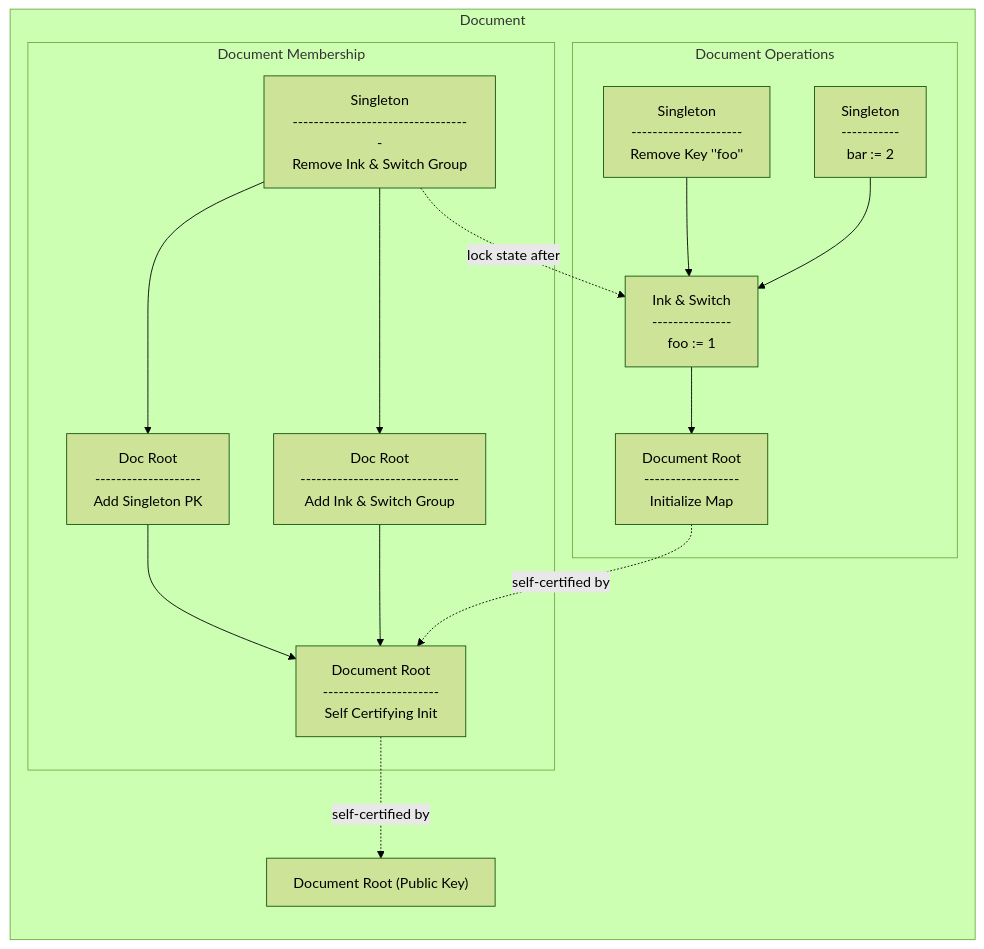
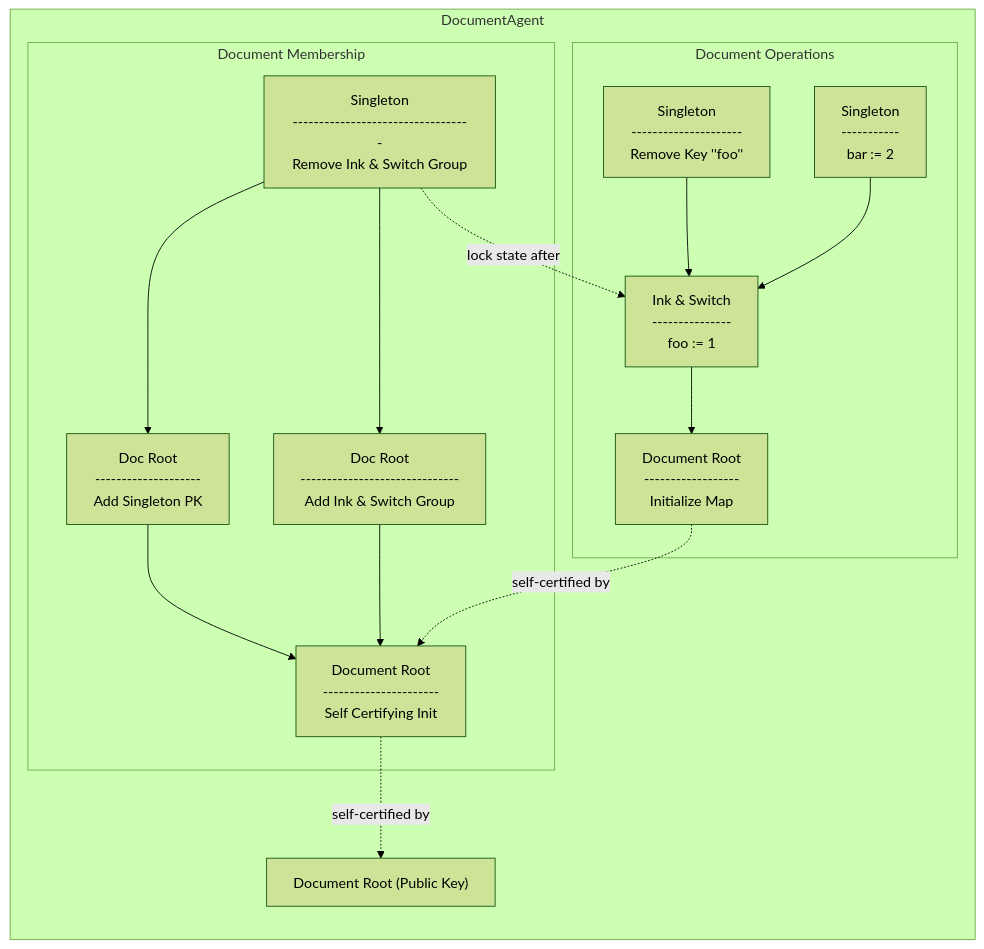
One commit to inkandswitch/keyhive changed the third of 8 diagrams in design/group_membership.md. Above: the diagram before and after it, drawn with Mermaid (forest theme). The commit also changed other lines of this file, not shown here.

````diff
--- a/design/group_membership.md
+++ b/design/group_membership.md
@@ -75,24 +75,24 @@
 ```mermaid
 flowchart TB
-    subgraph Document
+    subgraph DocumentAgent
         direction TB
 
         _docPK["Document Root (Public Key)"]
 
         subgraph docGroup[Document Membership]
             docRootAddsSingleton["Doc Root\n--------------------\nAdd Singleton PK"] --> docRoot[Document Root\n----------------------\nSelf Certifying Init]
             docRootAddsAnotherGroup["Doc Root\n------------------------------\nAdd Ink & Switch Group"] --> docRoot
             singetonRemovesAnotherGroup[Singleton\n----------------------------------\nRemove Ink & Switch Group] --> docRootAddsSingleton
             singetonRemovesAnotherGroup --> docRootAddsAnotherGroup
         end
 
         subgraph ops[Document Operations]
             addKeyFoo["Ink & Switch\n---------------\nfoo := 1"] --> InitMap[Document Root\n------------------\nInitialize Map]
             removeKeyFoo["Singleton\n---------------------\nRemove Key ''foo''"] --> addKeyFoo
             addKeyBar["Singleton\n-----------\nbar := 2"] --> addKeyFoo
         end
     end
 
     singetonRemovesAnotherGroup -.->|lock state after| addKeyFoo
     InitMap -.->|self-certified by| docRoot -.->|self-certified by| _docPK
 ```
````
